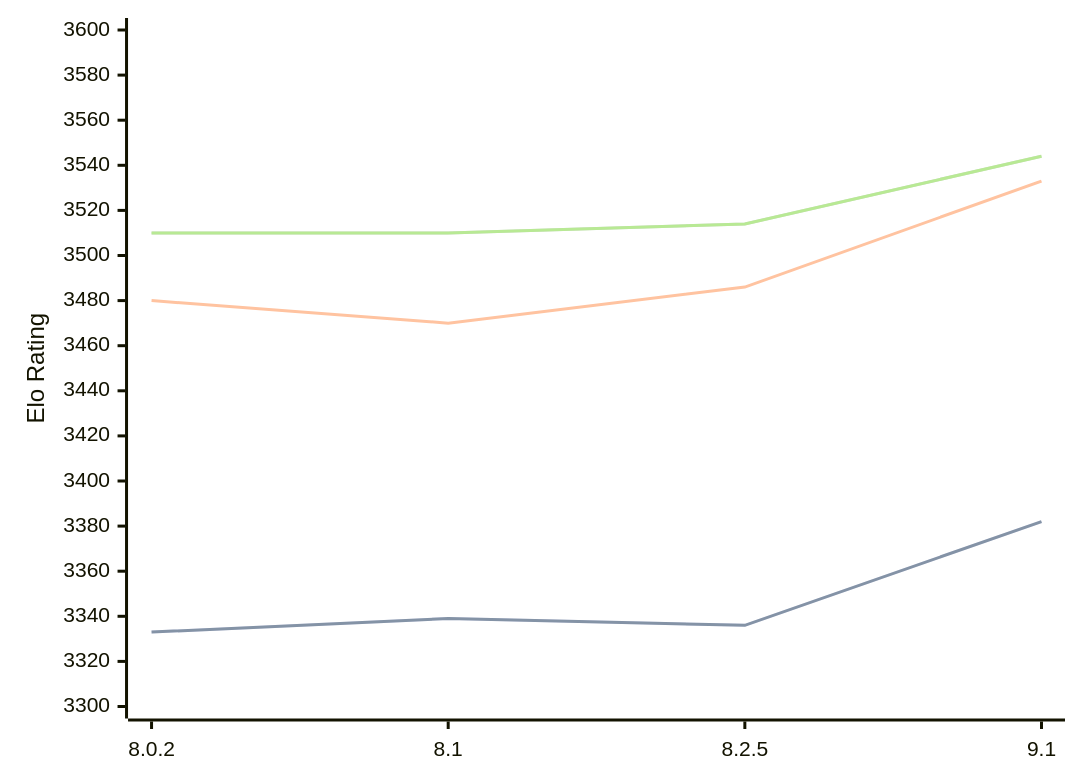
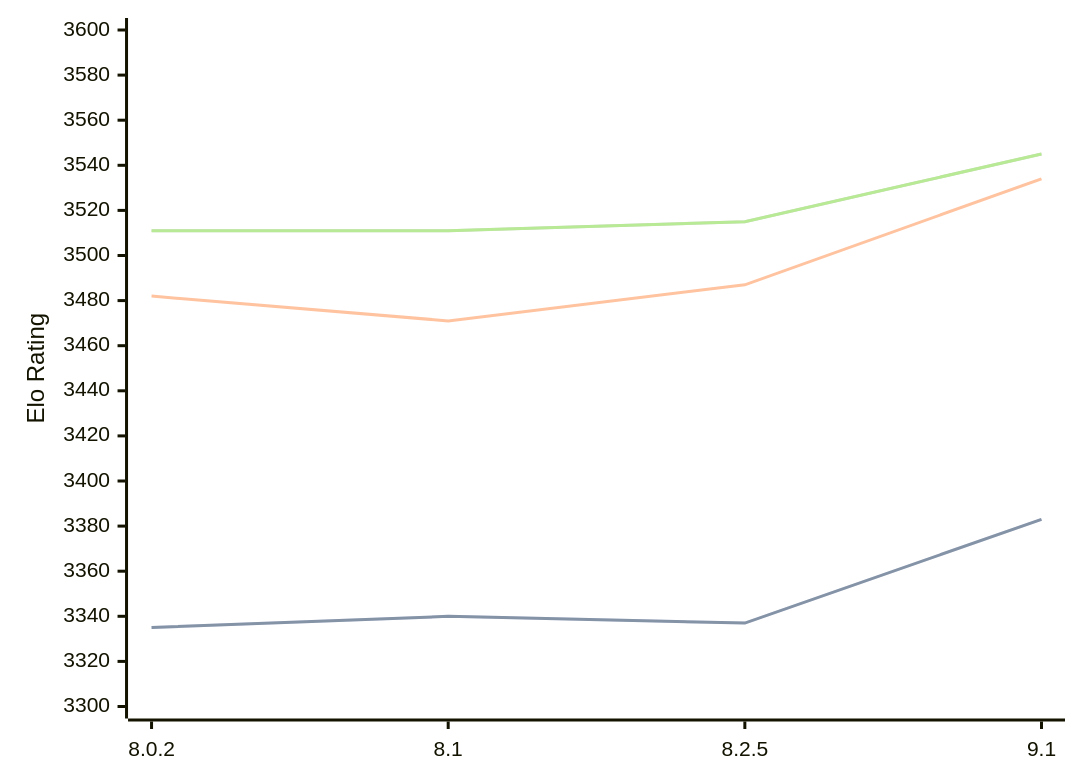
One commit to computer-chess-index/cci changed the diagram in engines/Clover.md. Above: the diagram before and after it, drawn with Mermaid. The commit also changed other lines of this file, not shown here.

Commit message:
Update CCI Ratings (ELO VLTC) - 2026-08-22

````diff
--- a/engines/Clover.md
+++ b/engines/Clover.md
@@ -35,11 +35,11 @@
 ```mermaid
 %%{init: {"theme":"base","themeVariables":{"seriesColors:['#a3a3a3','#222221','#faa371']}}}%%
 xychart-beta
   x-axis ["8.0.2", "8.1", "8.2.5", "9.1"]
   y-axis "Elo Rating" 3300 --> 3600
-  line "STC (8.0+0.08s)" [3333, 3339, 3336, 3382]
-  line "STC (8.0+0.08s)" [3333, 3339, 3336, 3382]
-  line "LTC (60.0+0.60s)" [3480, 3470, 3486, 3533]
-  line "VLTC (2m24s+1.12s)" [3510, 3510, 3514, 3544]
-  line "VLTC (2m24s+1.12s)" [3510, 3510, 3514, 3544]
+  line "STC (8.0+0.08s)" [3335, 3340, 3337, 3383]
+  line "STC (8.0+0.08s)" [3335, 3340, 3337, 3383]
+  line "LTC (60.0+0.60s)" [3482, 3471, 3487, 3534]
+  line "VLTC (2m24s+1.12s)" [3511, 3511, 3515, 3545]
+  line "VLTC (2m24s+1.12s)" [3511, 3511, 3515, 3545]
 ```
````
